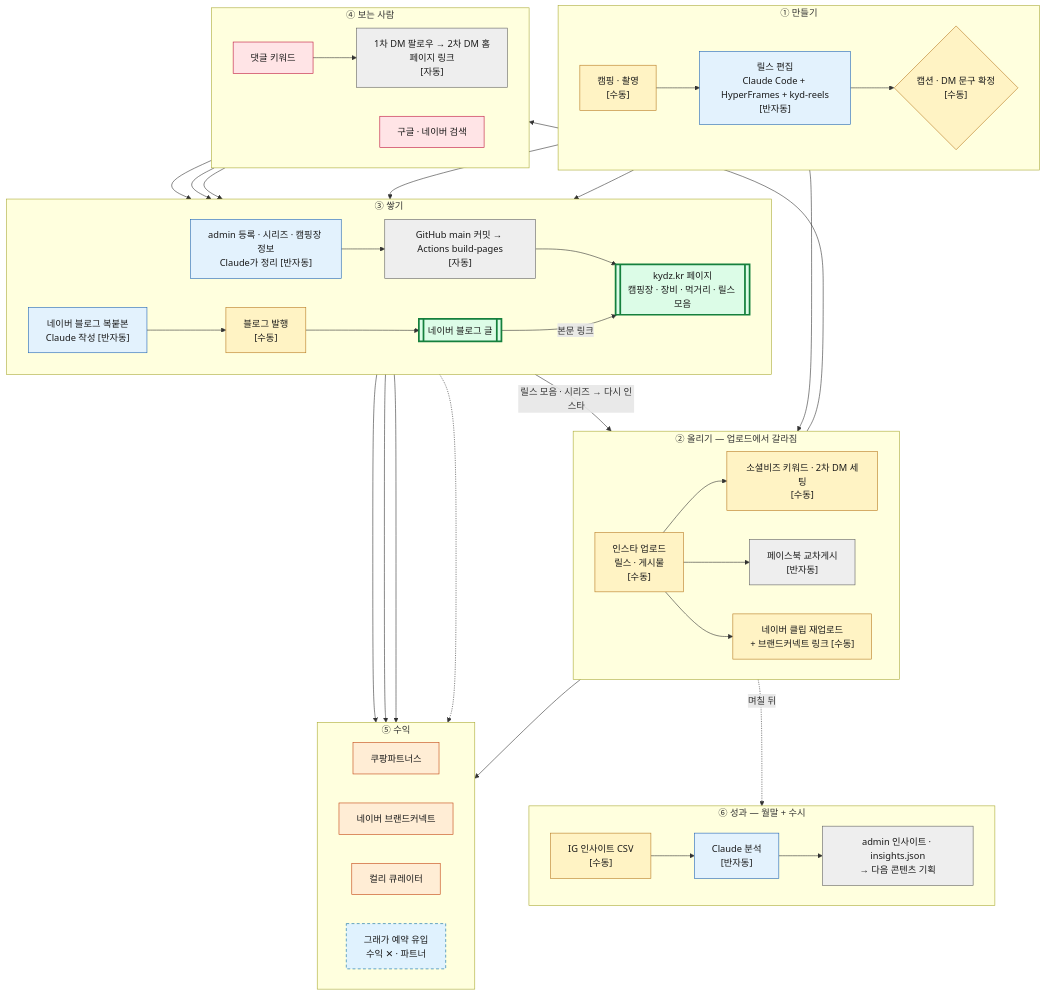
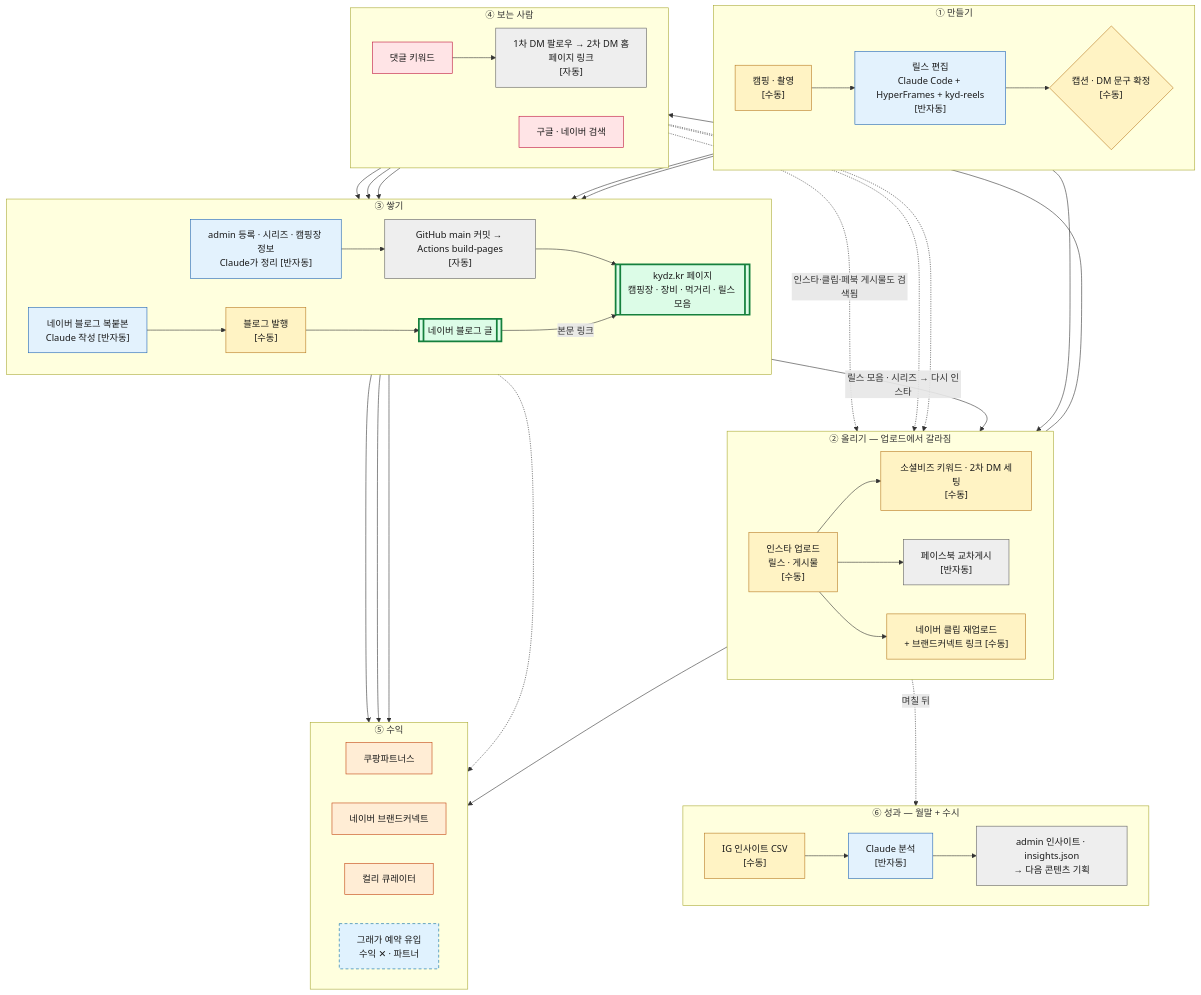
One commit to kydxyz-git/camping-hub changed the second of 3 diagrams in docs/pipeline.md. Above: the diagram before and after it, drawn with Mermaid. The commit also changed other lines of this file and 1 other file, not shown here.

First line of the commit message:
docs: 운영 지도 — 검색 유입에 인스타·클립·페이스북 게시물 추가

```diff
--- a/docs/pipeline.md
+++ b/docs/pipeline.md
@@ -143,6 +146,9 @@
   V2 --> K
   V3 --> K
   V3 --> N
+  V3 -. 인스타·클립·페북 게시물도 검색됨 .-> D
+  V3 -.-> F
+  V3 -.-> G
   G --> M2
   K --> M1
   K --> M2
```
